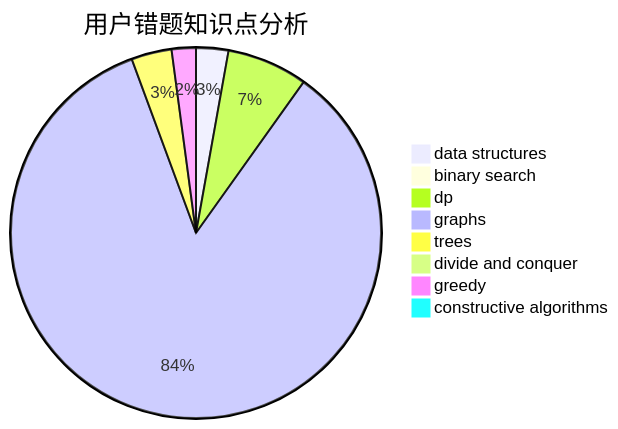
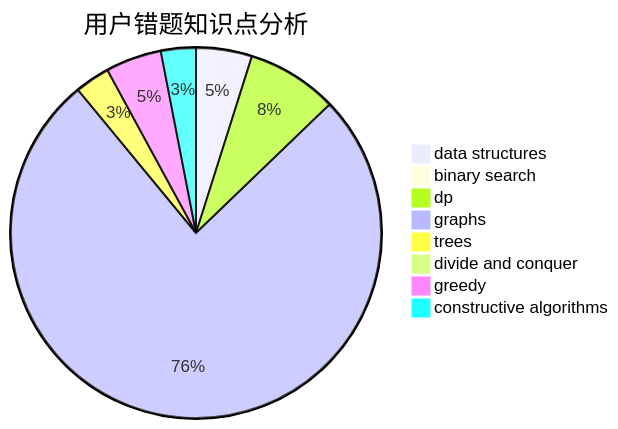
Before and after one commit to sherpahu/cfrs.github.io: the third of 3 diagrams in docs/user/u267.md, drawn with Mermaid. The commit also changed other lines of this file and 2770 other files, not shown here.

````diff
--- a/docs/user/u267.md
+++ b/docs/user/u267.md
@@ -36,11 +36,11 @@
 ```mermaid
 pie title 用户错题知识点分析
-    "data structures" :  8
+    "data structures" :  16
     "binary search" :  0
-    "dp" :  20
-    "graphs" :  240
+    "dp" :  26
+    "graphs" :  250
     "trees" :  10
     "divide and conquer" :  0
-    "greedy" :  6
-    "constructive algorithms" :  2
+    "greedy" :  16
+    "constructive algorithms" :  10
 ```
````
